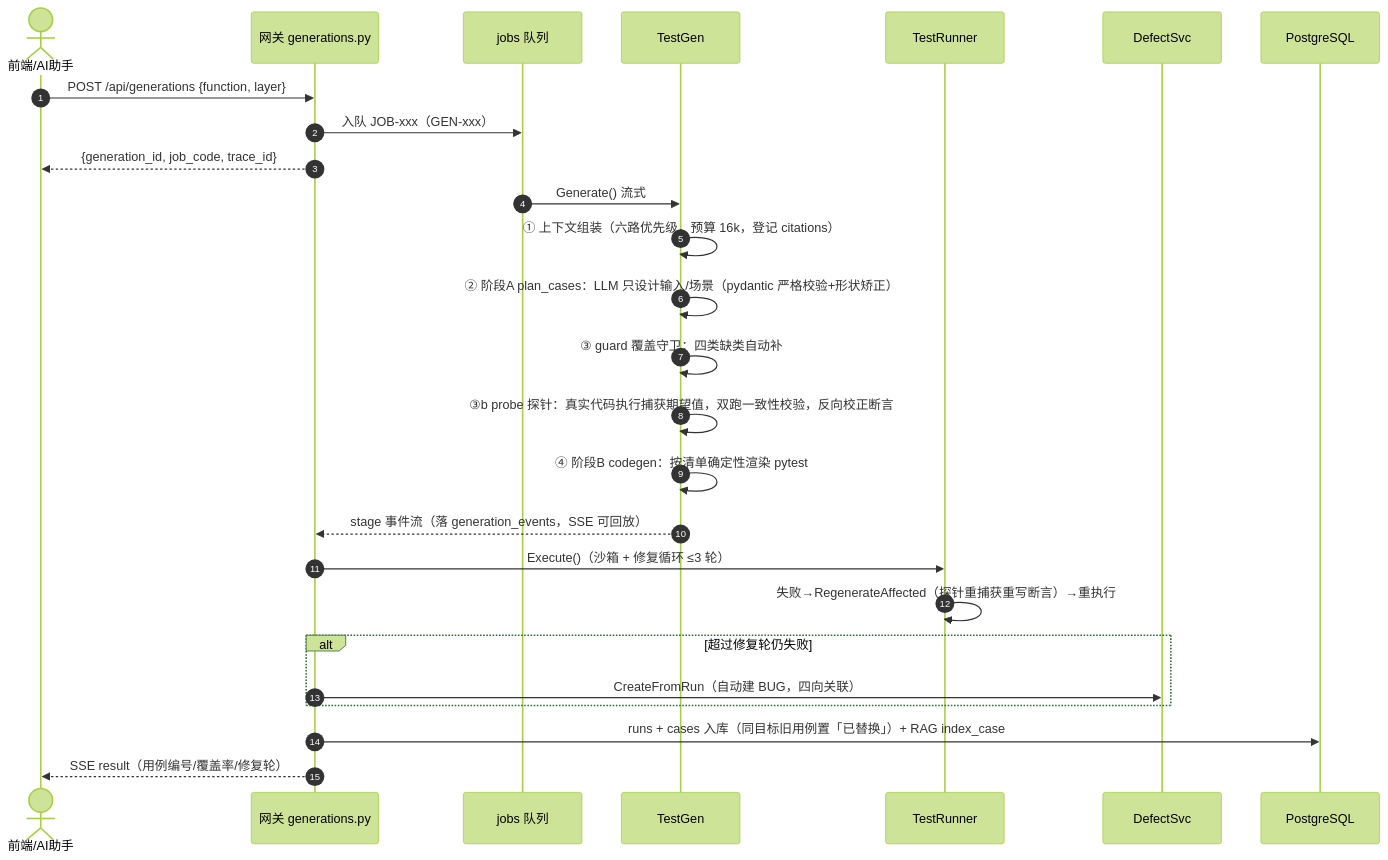
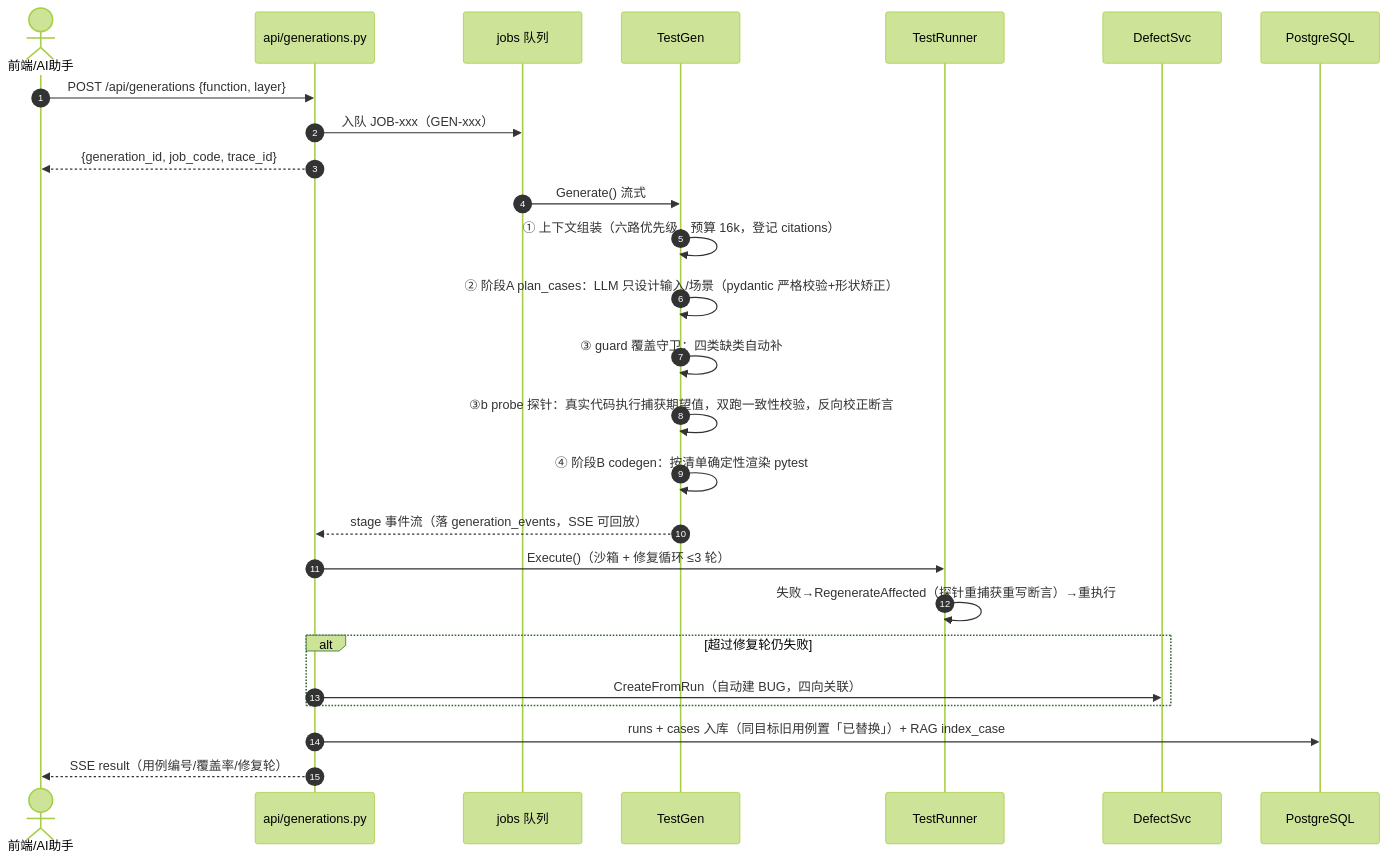
One commit to ChuDiRen/TestForge changed the second of 8 diagrams in docs/TestForge-架构设计.md. Above: the diagram before and after it, drawn with Mermaid (forest theme). The commit also changed other lines of this file and 395 other files, not shown here.

````diff
--- a/docs/TestForge-架构设计.md
+++ b/docs/TestForge-架构设计.md
@@ -101,29 +101,29 @@
 ```mermaid
 sequenceDiagram
     autonumber
     actor U as 前端/AI助手
-    participant G as 网关 generations.py
+    participant G as api/generations.py
     participant J as jobs 队列
     participant TG as TestGen
     participant RN as TestRunner
     participant DF as DefectSvc
     participant DB as PostgreSQL
 
     U->>G: POST /api/generations {function, layer}
     G->>J: 入队 JOB-xxx（GEN-xxx）
     G-->>U: {generation_id, job_code, trace_id}
     J->>TG: Generate() 流式
     TG->>TG: ① 上下文组装（六路优先级，预算 16k，登记 citations）
     TG->>TG: ② 阶段A plan_cases：LLM 只设计输入/场景（pydantic 严格校验+形状矫正）
     TG->>TG: ③ guard 覆盖守卫：四类缺类自动补
     TG->>TG: ③b probe 探针：真实代码执行捕获期望值，双跑一致性校验，反向校正断言
     TG->>TG: ④ 阶段B codegen：按清单确定性渲染 pytest
     TG-->>G: stage 事件流（落 generation_events，SSE 可回放）
     G->>RN: Execute()（沙箱 + 修复循环 ≤3 轮）
     RN->>RN: 失败→RegenerateAffected（探针重捕获重写断言）→重执行
     alt 超过修复轮仍失败
         G->>DF: CreateFromRun（自动建 BUG，四向关联）
     end
     G->>DB: runs + cases 入库（同目标旧用例置「已替换」）+ RAG index_case
     G-->>U: SSE result（用例编号/覆盖率/修复轮）
 ```
````
